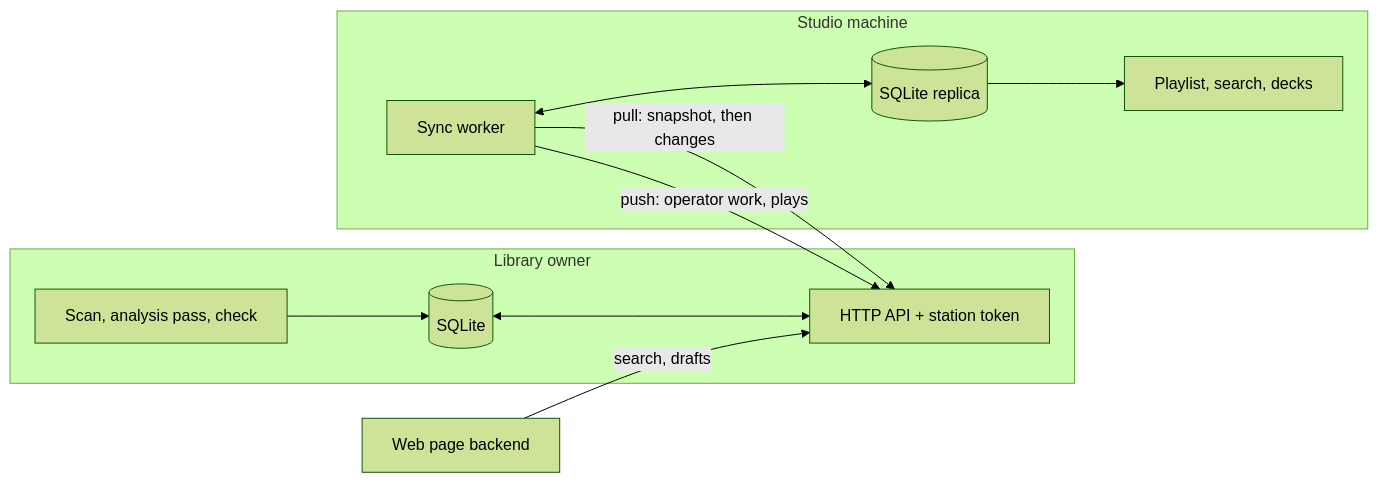
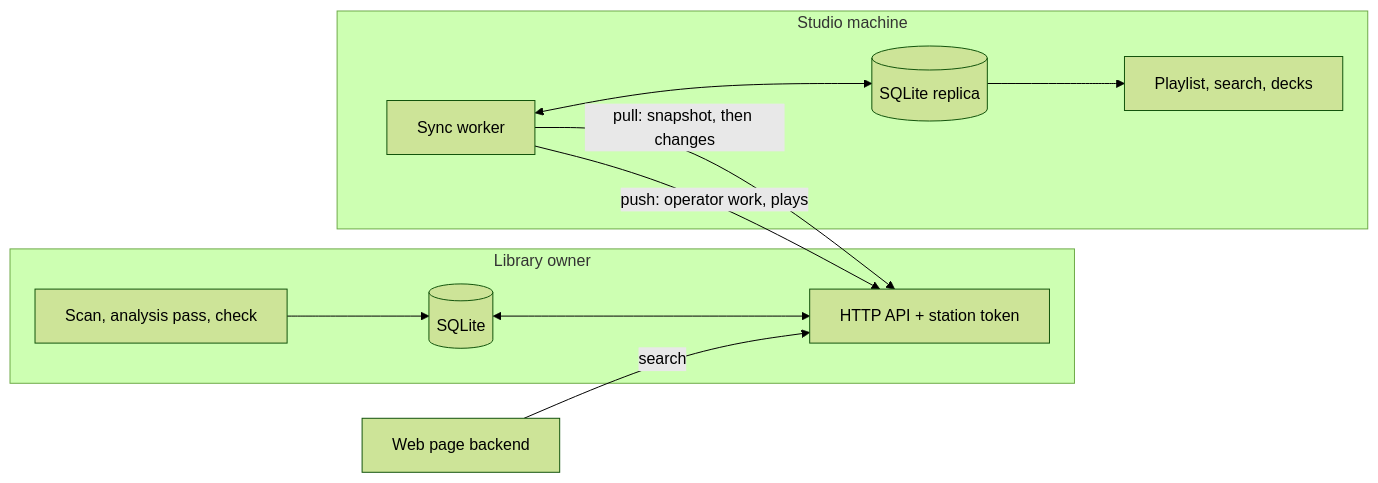
Before and after one commit to Arskah/radiodiodj: the second of 5 diagrams in docs/external-library.md, drawn with Mermaid (forest theme). The commit also changed other lines of this file and 1 other file, not shown here.

````diff
--- a/docs/external-library.md
+++ b/docs/external-library.md
@@ -248,14 +249,14 @@
 ```mermaid
 flowchart LR
   subgraph owner["Library owner"]
     S["Scan, analysis pass, check"] --> ODB[("SQLite")]
     ODB <--> API["HTTP API + station token"]
   end
   subgraph studio["Studio machine"]
     W["Sync worker"] <--> RDB[("SQLite replica")]
     RDB --> P["Playlist, search, decks"]
   end
   W -- "pull: snapshot, then changes" --> API
   W -- "push: operator work, plays" --> API
-  WEB["Web page backend"] -- "search, drafts" --> API
+  WEB["Web page backend"] -- "search" --> API
 ```
````
